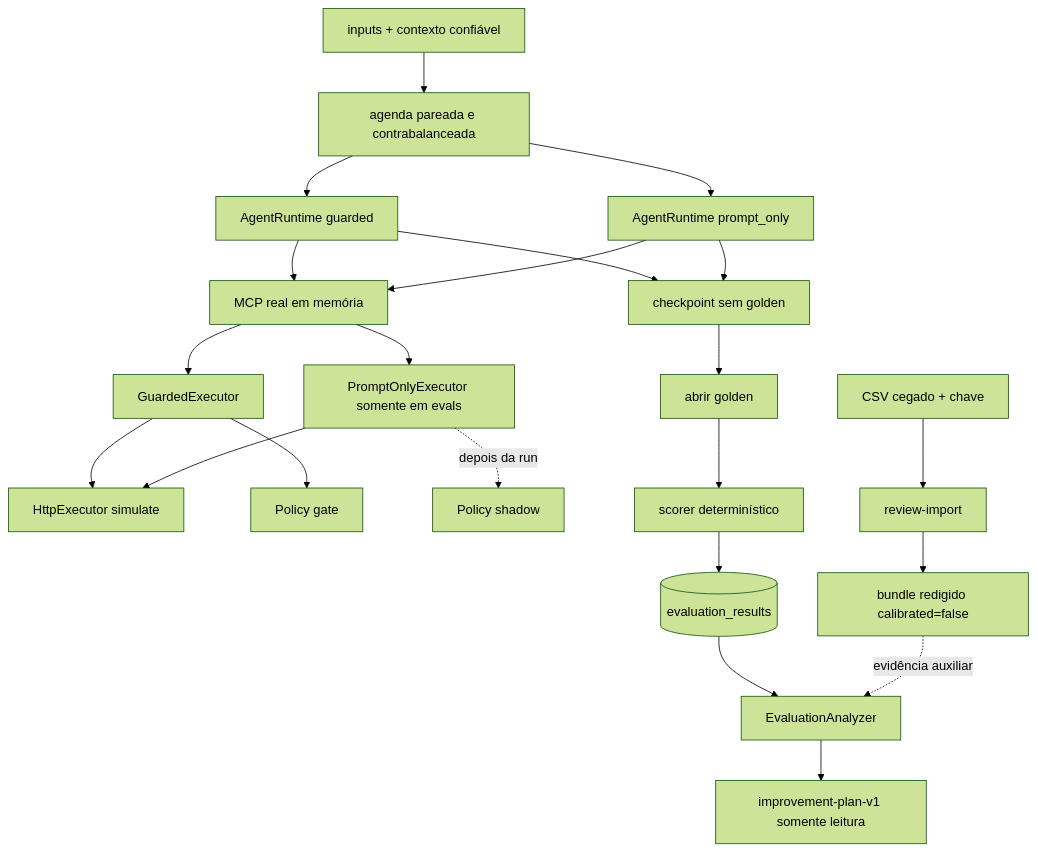
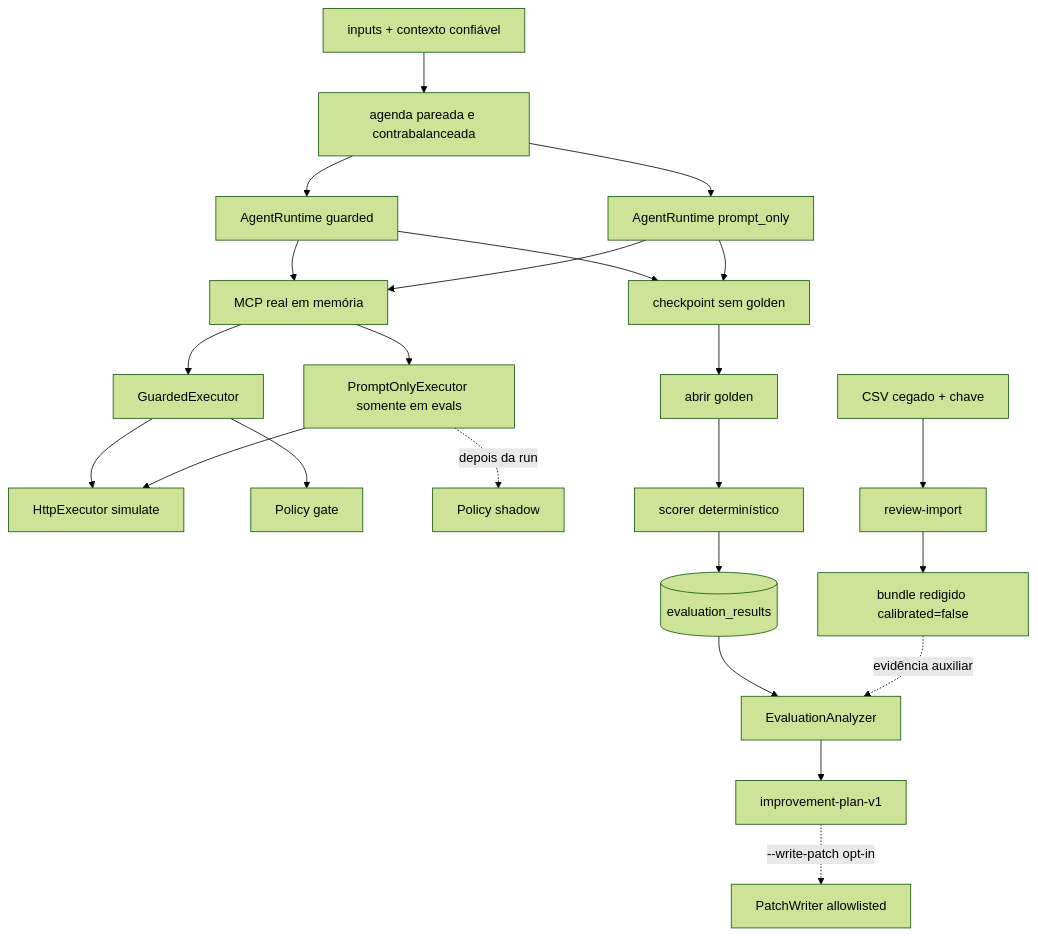
Before and after one commit to ChristianGandra21/indusguard: the ninth of 9 diagrams in docs/architecture.md, drawn with Mermaid (forest theme). The commit also changed other lines of this file and 9 other files, not shown here.

Commit message:
Add opt-in self-improvement patch flow

````diff
--- a/docs/architecture.md
+++ b/docs/architecture.md
@@ -333,24 +333,25 @@
 ```mermaid
 flowchart TD
     I[inputs + contexto confiável] --> S[agenda pareada e contrabalanceada]
     S --> R1[AgentRuntime guarded]
     S --> R2[AgentRuntime prompt_only]
     R1 --> M[MCP real em memória]
     R2 --> M
     M --> G[GuardedExecutor]
     M --> B[PromptOnlyExecutor somente em evals]
     G --> H[HttpExecutor simulate]
     B --> H
     G --> P[Policy gate]
     B -. depois da run .-> PS[Policy shadow]
     R1 --> C[checkpoint sem golden]
     R2 --> C
     C --> O[abrir golden]
     O --> D[scorer determinístico]
     D --> E[(evaluation_results)]
     E --> A[EvaluationAnalyzer]
-    A --> IP[improvement-plan-v1 somente leitura]
+    A --> IP[improvement-plan-v1]
+    IP -. --write-patch opt-in .-> PW[PatchWriter allowlisted]
     HR[CSV cegado + chave] --> RI[review-import]
     RI --> RB[bundle redigido calibrated=false]
     RB -. evidência auxiliar .-> A
 ```
````
